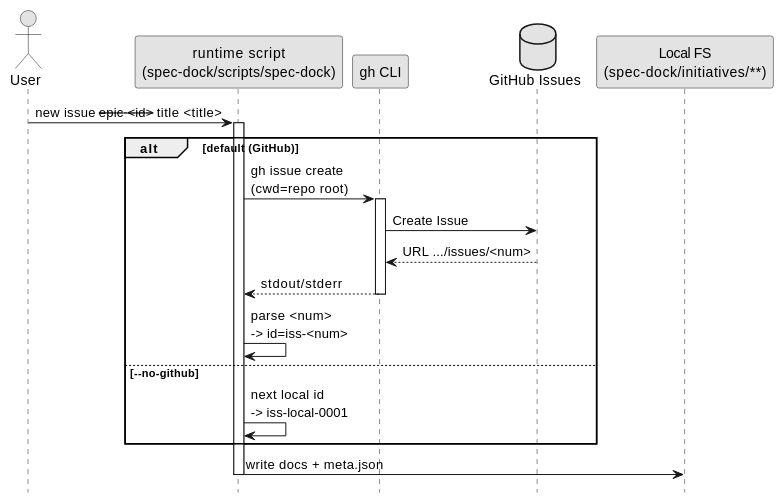
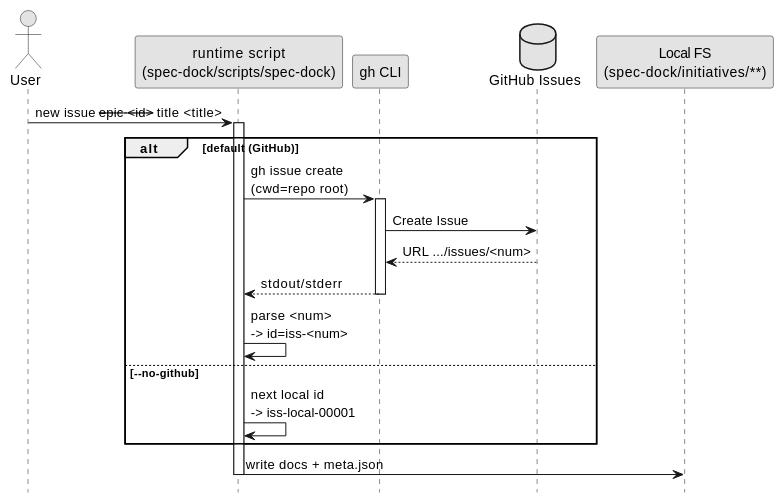
Before and after one commit to chemitaro/spec-dock: the diagram in src/spec_dock/assets/spec_dock/docs/github.md, drawn with PlantUML. The commit also changed other lines of this file and 16 other files, not shown here.

````diff
--- a/src/spec_dock/assets/spec_dock/docs/github.md
+++ b/src/spec_dock/assets/spec_dock/docs/github.md
@@ -75,30 +75,30 @@
 ```plantuml
 @startuml
 skinparam monochrome true
 hide footbox
 
 actor User
 participant "runtime script\n(spec-dock/scripts/spec-dock)" as Script
 participant "gh CLI" as GH
 database "GitHub Issues" as GHI
 participant "Local FS\n(spec-dock/initiatives/**)" as FS
 
 User -> Script: new issue --epic <id> --title <title>
 activate Script
 
 alt default (GitHub)
   Script -> GH: gh issue create\n(cwd=repo root)
   activate GH
   GH -> GHI: Create Issue
   GHI --> GH: URL .../issues/<num>
   GH --> Script: stdout/stderr
   deactivate GH
   Script -> Script: parse <num>\n-> id=iss-<num>
 else --no-github
-  Script -> Script: next local id\n-> iss-local-0001
+  Script -> Script: next local id\n-> iss-local-00001
 end
 
 Script -> FS: write docs + meta.json
 deactivate Script
 @enduml
 ```
````
